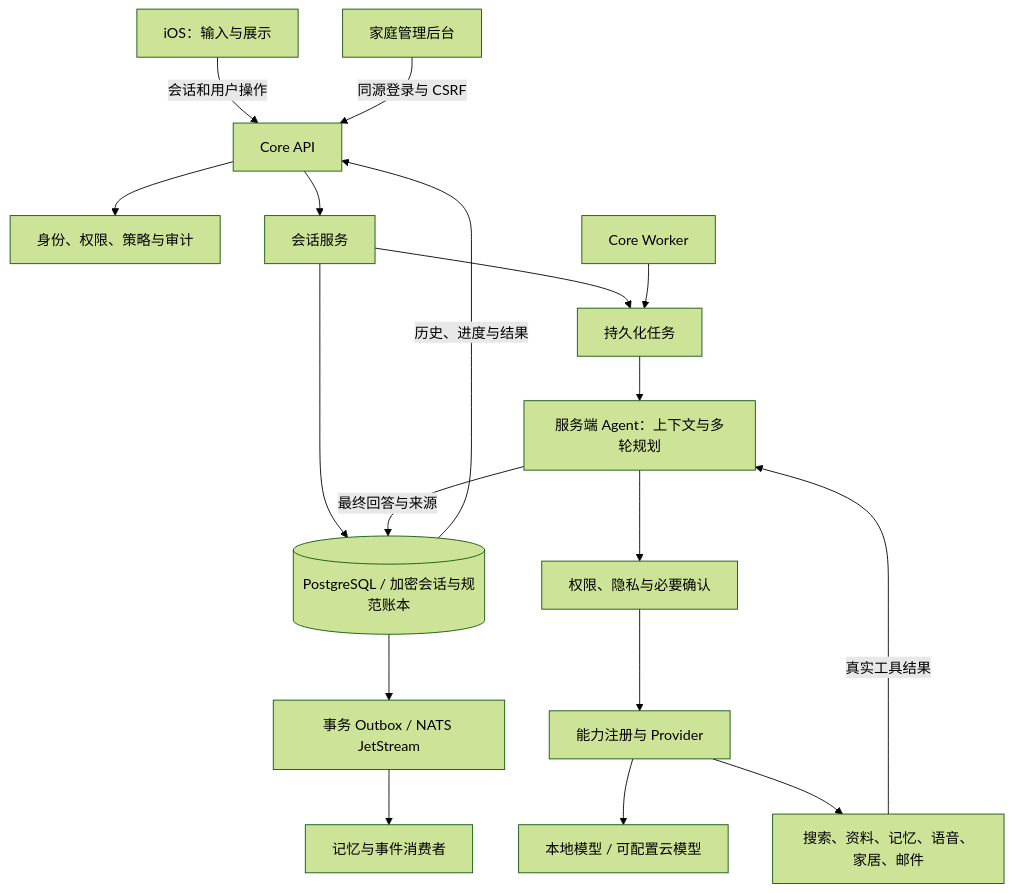
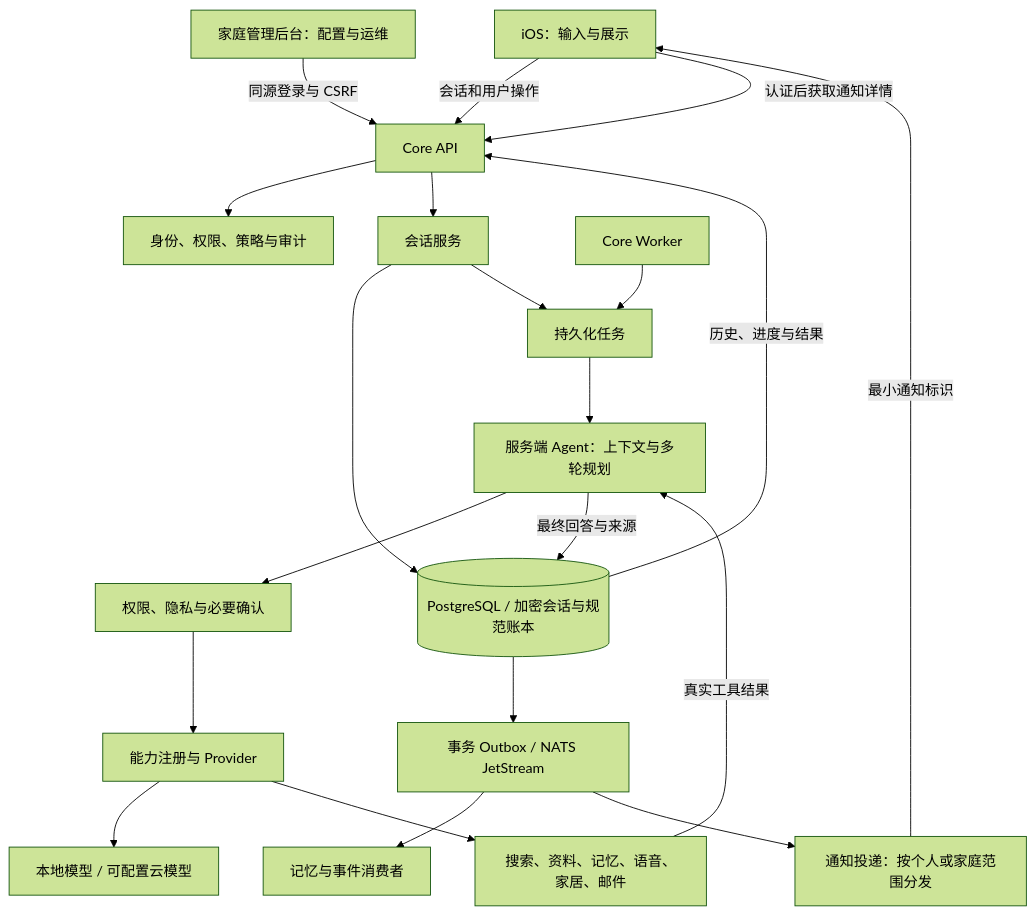
The first of 2 diagrams in README.md (MR-MaoJiu/home-ai-os), drawn with Mermaid (forest theme) before and after one commit. The commit also changed other lines of this file and 60 other files, not shown here.

````diff
--- a/README.md
+++ b/README.md
@@ -25,20 +25,23 @@
 ```mermaid
 flowchart TB
     IOS[iOS：输入与展示] -->|会话和用户操作| API[Core API]
-    WEB[家庭管理后台] -->|同源登录与 CSRF| API
+    WEB[家庭管理后台：配置与运维] -->|同源登录与 CSRF| API
     API --> AUTH[身份、权限、策略与审计]
     API --> CHAT[会话服务]
     CHAT --> DB[(PostgreSQL / 加密会话与规范账本)]
     CHAT --> TASK[持久化任务]
     WORKER[Core Worker] --> TASK
     TASK --> AGENT[服务端 Agent：上下文与多轮规划]
     AGENT --> POLICY[权限、隐私与必要确认]
     POLICY --> CAP[能力注册与 Provider]
     CAP --> MODEL[本地模型 / 可配置云模型]
     CAP --> TOOLS[搜索、资料、记忆、语音、家居、邮件]
     TOOLS -->|真实工具结果| AGENT
     AGENT -->|最终回答与来源| DB
     DB -->|历史、进度与结果| API
     DB --> OUTBOX[事务 Outbox / NATS JetStream]
     OUTBOX --> MEMORY[记忆与事件消费者]
+    OUTBOX --> NOTIFY[通知投递：按个人或家庭范围分发]
+    NOTIFY -->|最小通知标识| IOS
+    IOS -->|认证后获取通知详情| API
 ```
````
